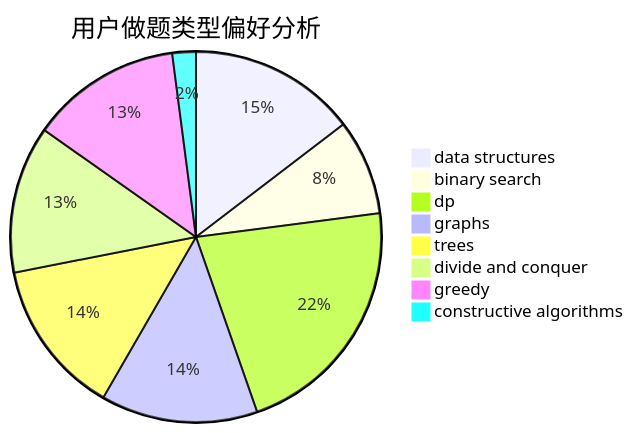
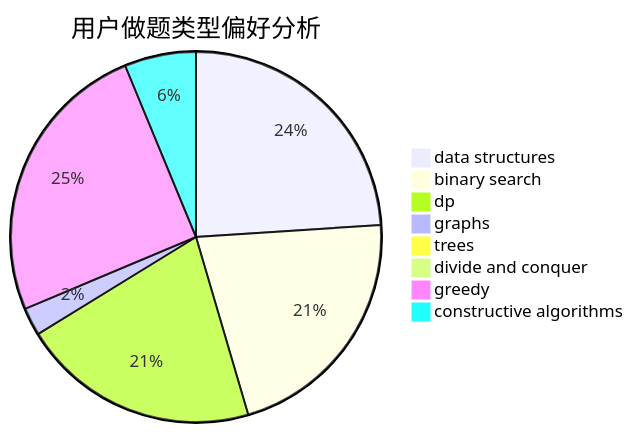
Before and after one commit to sherpahu/cfrs.github.io: the second of 3 diagrams in docs/user/u432.md, drawn with Mermaid. The commit also changed other lines of this file and 2770 other files, not shown here.

````diff
--- a/docs/user/u432.md
+++ b/docs/user/u432.md
@@ -23,11 +23,11 @@
 ```mermaid
 pie title 用户做题类型偏好分析
-    "data structures" :  142
-    "binary search" :  81
-    "dp" :  211
-    "graphs" :  133
-    "trees" :  132
-    "divide and conquer" :  125
-    "greedy" :  128
-    "constructive algorithms" :  20
+    "data structures" :  511
+    "binary search" :  458
+    "dp" :  443
+    "graphs" :  52
+    "trees" :  4
+    "divide and conquer" :  0
+    "greedy" :  535
+    "constructive algorithms" :  133
 ```
````
